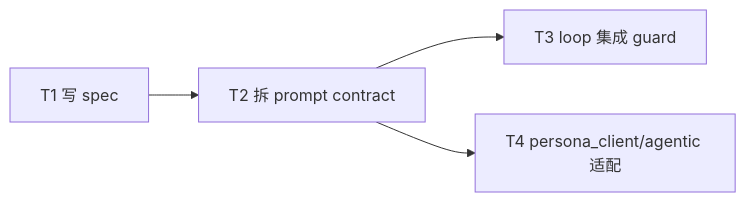
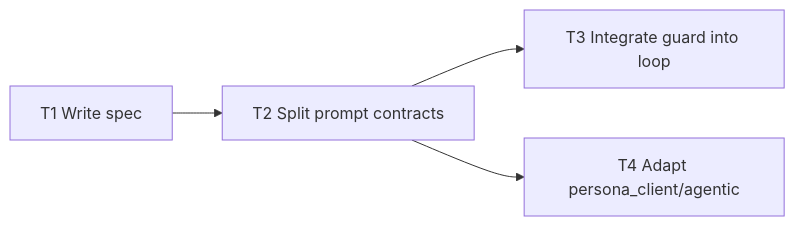
Before and after one commit to Curry09/AHE-Beta: the diagram in docs/specs/0031-user-sim-stage-contracts.md, drawn with Mermaid. The commit also changed other lines of this file and 531 other files, not shown here.

````diff
--- a/docs/specs/0031-user-sim-stage-contracts.md
+++ b/docs/specs/0031-user-sim-stage-contracts.md
@@ -214,10 +214,10 @@
 ```mermaid
 graph LR
-  T1[T1 写 spec]
-  T2[T2 拆 prompt contract]
-  T3[T3 loop 集成 guard]
-  T4[T4 persona_client/agentic 适配]
+  T1[T1 Write spec]
+  T2[T2 Split prompt contracts]
+  T3[T3 Integrate guard into loop]
+  T4[T4 Adapt persona_client/agentic]
   T1 --> T2
   T2 --> T3
   T2 --> T4
 ```
````
